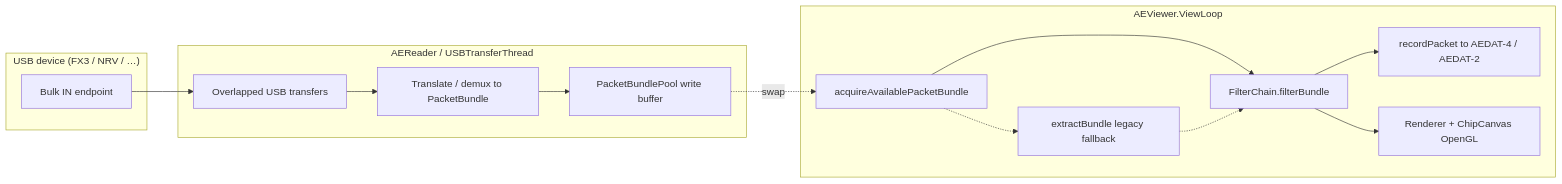
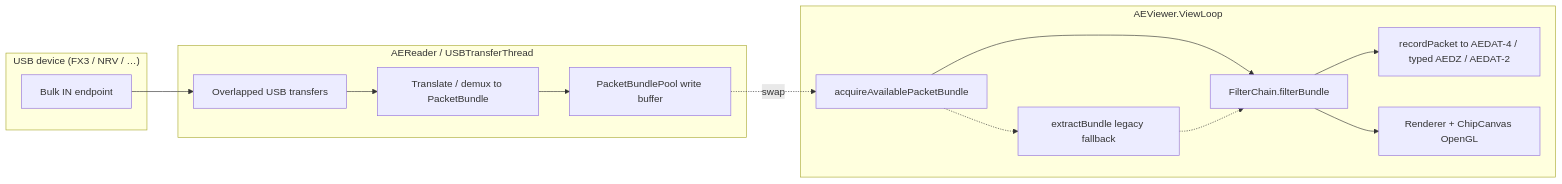
The first of 6 diagrams in docs/README-jaer3.md (SensorsINI/jaer), drawn with Mermaid before and after one commit. The commit also changed other lines of this file and 3 other files, not shown here.

Commit message:
typed-authority: route AEViewer and AEDZ recording

````diff
--- a/docs/README-jaer3.md
+++ b/docs/README-jaer3.md
@@ -17,26 +17,26 @@
 ```mermaid
 flowchart LR
   subgraph USB["USB device (FX3 / NRV / …)"]
     EP[Bulk IN endpoint]
   end
 
   subgraph Capture["AEReader / USBTransferThread"]
     XFER[Overlapped USB transfers]
     PARSE[Translate / demux to PacketBundle]
     WBUF[PacketBundlePool write buffer]
   end
 
   subgraph View["AEViewer.ViewLoop"]
     ACQ[acquireAvailablePacketBundle]
     EXT[extractBundle legacy fallback]
     FILT[FilterChain.filterBundle]
-    REC[recordPacket to AEDAT-4 / AEDAT-2]
+    REC[recordPacket to AEDAT-4 / typed AEDZ / AEDAT-2]
     REN[Renderer + ChipCanvas OpenGL]
   end
 
   EP --> XFER --> PARSE --> WBUF
   WBUF -.swap.-> ACQ --> FILT
   ACQ -.-> EXT -.-> FILT
   FILT --> REC
   FILT --> REN
 ```
````
